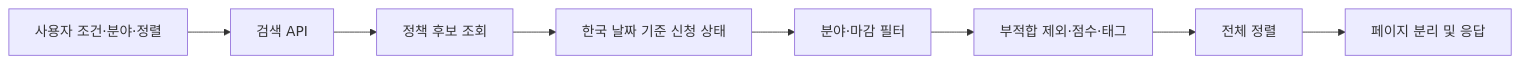
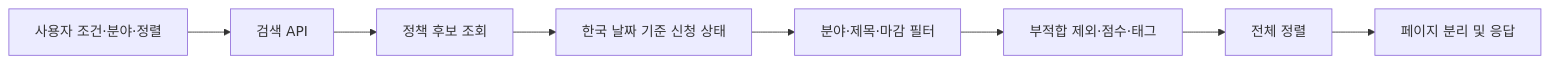
Before and after one commit to dohun03/youth-kkultong: the third of 3 diagrams in docs/ARCHITECTURE.md, drawn with Mermaid. The commit also changed other lines of this file and 16 other files, not shown here.

````diff
--- a/docs/ARCHITECTURE.md
+++ b/docs/ARCHITECTURE.md
@@ -132,10 +132,10 @@
 ```mermaid
 flowchart LR
     U[사용자 조건·분야·정렬] --> A[검색 API]
     A --> D[정책 후보 조회]
     D --> S[한국 날짜 기준 신청 상태]
-    S --> F[분야·마감 필터]
+    S --> F[분야·제목·마감 필터]
     F --> M[부적합 제외·점수·태그]
     M --> O[전체 정렬]
     O --> P[페이지 분리 및 응답]
 ```
````
